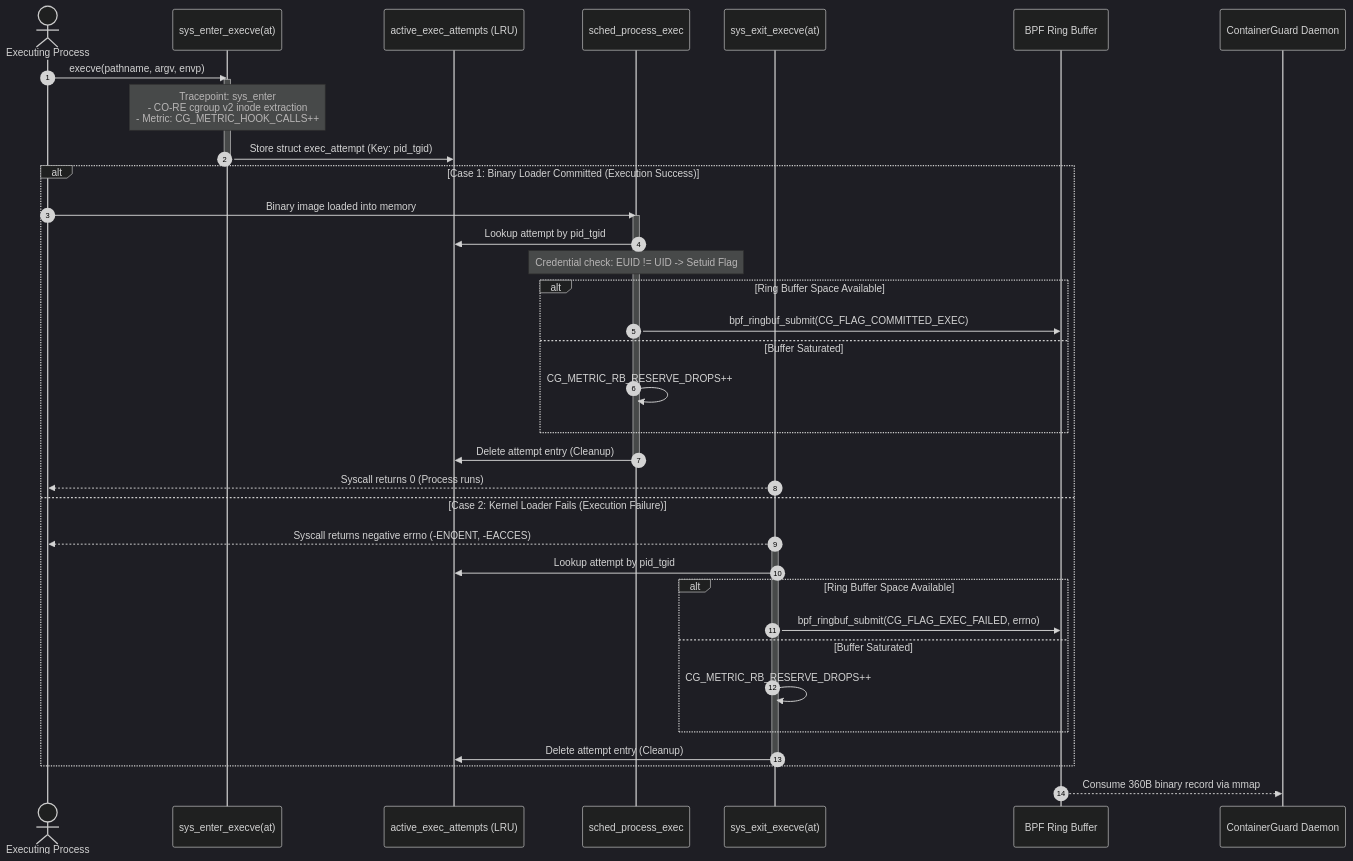
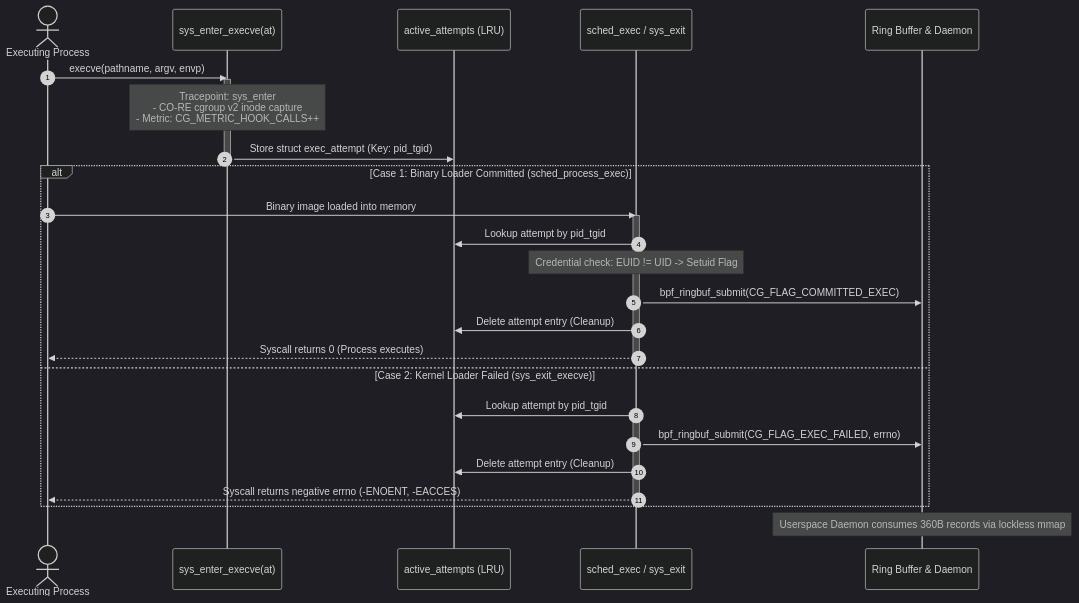
One commit to ramKarthik57/containerguard changed the second of 6 diagrams in ARCHITECTURE.md. Above: the diagram before and after it, drawn with Mermaid (dark theme). The commit also changed other lines of this file and 4 other files, not shown here.

First line of the commit message:
docs(diagrams): rectify all visual collisions, squishing, and viewer widget obstructions

````diff
--- a/ARCHITECTURE.md
+++ b/ARCHITECTURE.md
@@ -118,46 +118,36 @@
 ```mermaid
 sequenceDiagram
     autonumber
     actor App as Executing Process
     participant Enter as sys_enter_execve(at)
-    participant Map as active_exec_attempts (LRU)
-    participant Sched as sched_process_exec
-    participant Exit as sys_exit_execve(at)
-    participant RB as BPF Ring Buffer
-    participant Daemon as ContainerGuard Daemon
+    participant Map as active_attempts (LRU)
+    participant Hook as sched_exec / sys_exit
+    participant Pipeline as Ring Buffer & Daemon
 
     App->>Enter: execve(pathname, argv, envp)
     activate Enter
-    Note over Enter: Tracepoint: sys_enter<br/>- CO-RE cgroup v2 inode extraction<br/>- Metric: CG_METRIC_HOOK_CALLS++
+    Note over Enter: Tracepoint: sys_enter<br/>- CO-RE cgroup v2 inode capture<br/>- Metric: CG_METRIC_HOOK_CALLS++
     Enter->>Map: Store struct exec_attempt (Key: pid_tgid)
     deactivate Enter
 
-    alt Case 1: Binary Loader Committed (Execution Success)
-        App->>Sched: Binary image loaded into memory
-        activate Sched
-        Sched->>Map: Lookup attempt by pid_tgid
-        Note over Sched: Credential check: EUID != UID -> Setuid Flag
-        alt Ring Buffer Space Available
-            Sched->>RB: bpf_ringbuf_submit(CG_FLAG_COMMITTED_EXEC)
-        else Buffer Saturated
-            Sched->>Sched: CG_METRIC_RB_RESERVE_DROPS++
-        end
-        Sched->>Map: Delete attempt entry (Cleanup)
-        deactivate Sched
-        Exit-->>App: Syscall returns 0 (Process runs)
+    alt Case 1: Binary Loader Committed (sched_process_exec)
+        App->>Hook: Binary image loaded into memory
+        activate Hook
+        Hook->>Map: Lookup attempt by pid_tgid
+        Note over Hook: Credential check: EUID != UID -> Setuid Flag
+        Hook->>Pipeline: bpf_ringbuf_submit(CG_FLAG_COMMITTED_EXEC)
+        Hook->>Map: Delete attempt entry (Cleanup)
+        Hook-->>App: Syscall returns 0 (Process executes)
+        deactivate Hook
 
-    else Case 2: Kernel Loader Fails (Execution Failure)
-        Exit-->>App: Syscall returns negative errno (-ENOENT, -EACCES)
-        activate Exit
-        Exit->>Map: Lookup attempt by pid_tgid
-        alt Ring Buffer Space Available
-            Exit->>RB: bpf_ringbuf_submit(CG_FLAG_EXEC_FAILED, errno)
-        else Buffer Saturated
-            Exit->>Exit: CG_METRIC_RB_RESERVE_DROPS++
-        end
-        Exit->>Map: Delete attempt entry (Cleanup)
-        deactivate Exit
+    else Case 2: Kernel Loader Failed (sys_exit_execve)
+        Hook->>Map: Lookup attempt by pid_tgid
+        activate Hook
+        Hook->>Pipeline: bpf_ringbuf_submit(CG_FLAG_EXEC_FAILED, errno)
+        Hook->>Map: Delete attempt entry (Cleanup)
+        Hook-->>App: Syscall returns negative errno (-ENOENT, -EACCES)
+        deactivate Hook
     end
 
-    RB-->>Daemon: Consume 360B binary record via mmap
+    Note over Pipeline: Userspace Daemon consumes 360B records via lockless mmap
 ```
````
